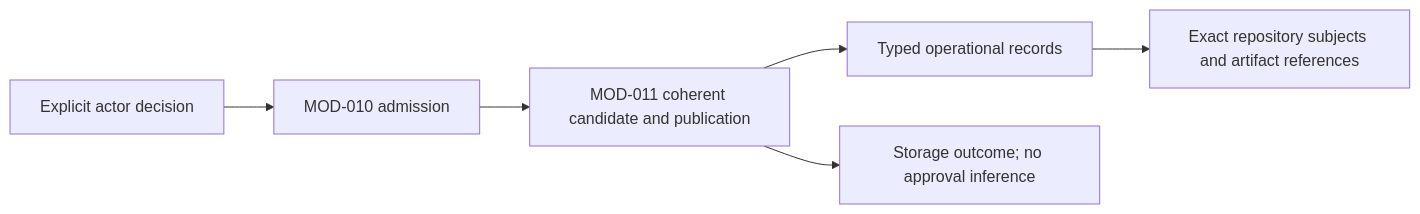
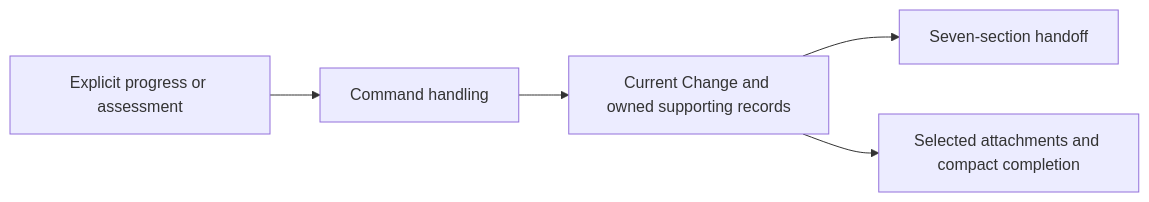
The first of 8 diagrams in design/architecture/modules/MOD-018-engineering-operations/modules/MOD-011-operational-record-persistence/README.md (xiongxianfei/rigorloop), drawn with Mermaid before and after one commit. The commit also changed other lines of this file and 141 other files, not shown here.

First line of the commit message:
Refine current-handoff, CLI and SQLite design

````diff
--- a/design/architecture/modules/MOD-018-engineering-operations/modules/MOD-011-operational-record-persistence/README.md
+++ b/design/architecture/modules/MOD-018-engineering-operations/modules/MOD-011-operational-record-persistence/README.md
@@ -11,8 +9,7 @@
 ```mermaid
 flowchart LR
-  Actor["Explicit actor decision"] --> CLI["MOD-010 admission"]
-  CLI --> Store["MOD-011 coherent candidate and publication"]
-  Store --> Records["Typed operational records"]
-  Records --> Refs["Exact repository subjects and artifact references"]
-  Store --> Receipt["Storage outcome; no approval inference"]
+  Actor["Explicit progress or assessment"] --> CLI["Command handling"]
+  CLI --> Store["Current Change and owned supporting records"]
+  Store --> Context["Seven-section handoff"]
+  Store --> Selected["Selected attachments and compact completion"]
 ```
````
